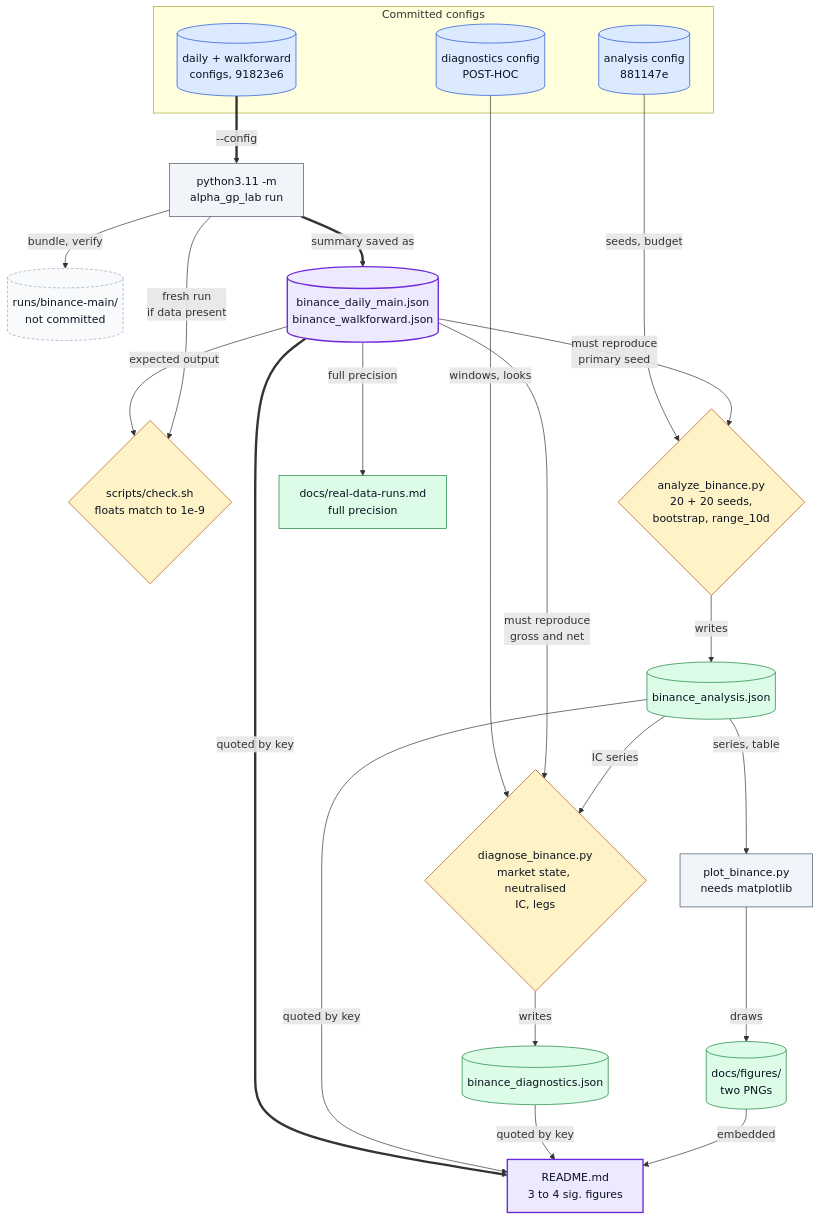
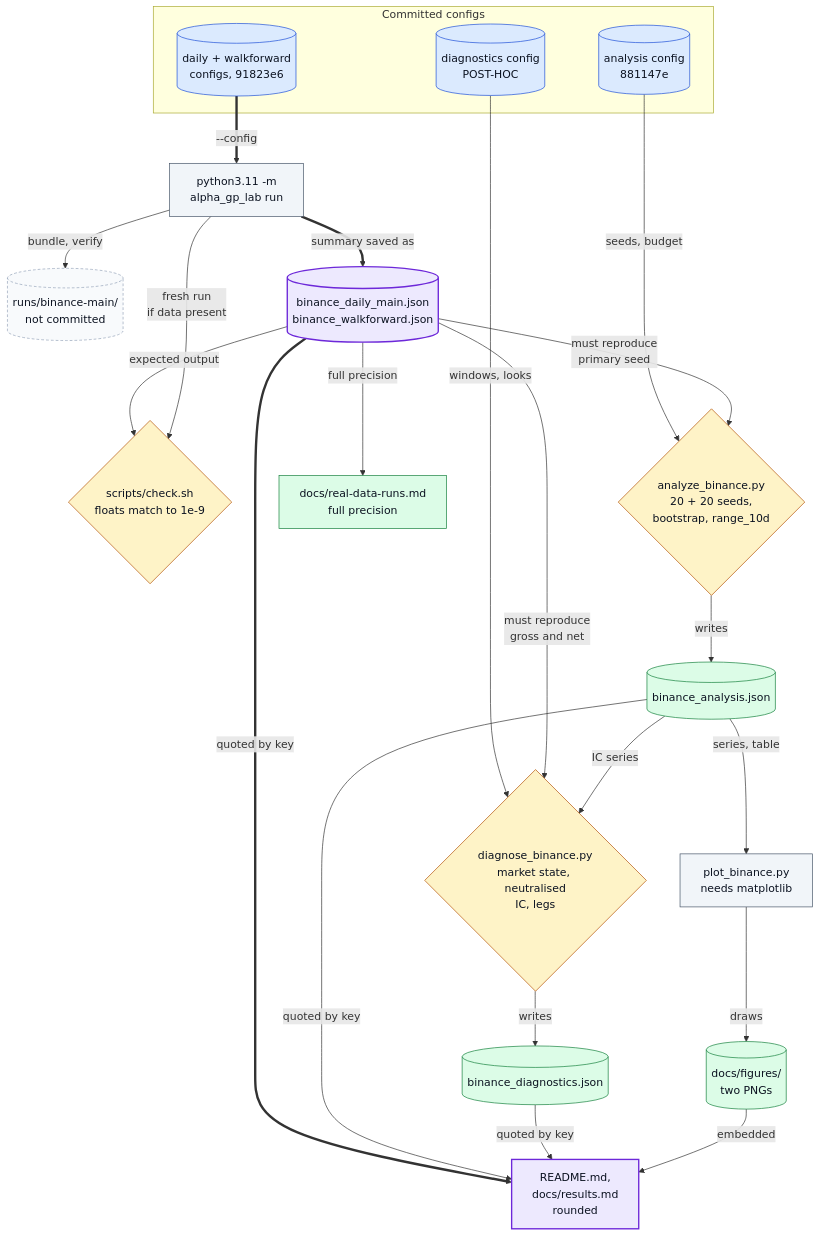
Before and after one commit to oscar-chw/alpha-gp-lab: the fifth of 5 diagrams in docs/DIAGRAMS.md, drawn with Mermaid. The commit also changed other lines of this file and 16 other files, not shown here.

````diff
--- a/docs/DIAGRAMS.md
+++ b/docs/DIAGRAMS.md
@@ -243,53 +243,53 @@
 ```mermaid
 flowchart TB
     subgraph CFGS["Committed configs"]
         MAINC[("daily + walkforward<br/>configs, 91823e6")]
         ANC[("analysis config<br/>881147e")]
         DIC[("diagnostics config<br/>POST-HOC")]
     end
     RUN["python3.11 -m<br/>alpha_gp_lab run"]
     BUNDLE[("runs/binance-main/<br/>not committed")]
     MAIN[("binance_daily_main.json<br/>binance_walkforward.json")]
     CHECK{"scripts/check.sh<br/>floats match to 1e-9"}
     AN{"analyze_binance.py<br/>20 + 20 seeds,<br/>bootstrap, range_10d"}
     DI{"diagnose_binance.py<br/>market state, neutralised<br/>IC, legs"}
     ANJ[("binance_analysis.json")]
     DIJ[("binance_diagnostics.json")]
     PLOT["plot_binance.py<br/>needs matplotlib"]
     FIG[("docs/figures/<br/>two PNGs")]
-    README["README.md<br/>3 to 4 sig. figures"]
+    README["README.md,<br/>docs/results.md<br/>rounded"]
     LEDGER["docs/real-data-runs.md<br/>full precision"]
 
     MAINC ==>|"--config"| RUN
     RUN -->|"bundle, verify"| BUNDLE
     RUN ==>|"summary saved as"| MAIN
     MAIN -->|"expected output"| CHECK
     RUN -->|"fresh run<br/>if data present"| CHECK
     ANC -->|"seeds, budget"| AN
     MAIN -->|"must reproduce<br/>primary seed"| AN
     AN -->|"writes"| ANJ
     DIC -->|"windows, looks"| DI
     MAIN -->|"must reproduce<br/>gross and net"| DI
     ANJ -->|"IC series"| DI
     DI -->|"writes"| DIJ
     ANJ -->|"series, table"| PLOT
     PLOT -->|"draws"| FIG
     MAIN ==>|"quoted by key"| README
     ANJ -->|"quoted by key"| README
     DIJ -->|"quoted by key"| README
     FIG -->|"embedded"| README
     MAIN -->|"full precision"| LEDGER
 
     classDef data fill:#dbeafe,stroke:#1d4ed8,color:#0b1220
     classDef step fill:#f1f5f9,stroke:#475569,color:#0b1220
     classDef gate fill:#fef3c7,stroke:#b45309,color:#0b1220
     classDef out  fill:#dcfce7,stroke:#15803d,color:#0b1220
     classDef ext  fill:#f8fafc,stroke:#94a3b8,color:#0b1220,stroke-dasharray:4 3
     classDef key  fill:#ede9fe,stroke:#6d28d9,color:#0b1220,stroke-width:2px
     class MAINC,ANC,DIC data
     class RUN,PLOT step
     class CHECK,AN,DI gate
     class ANJ,DIJ,FIG,LEDGER out
     class BUNDLE ext
     class MAIN,README key
 ```
````
